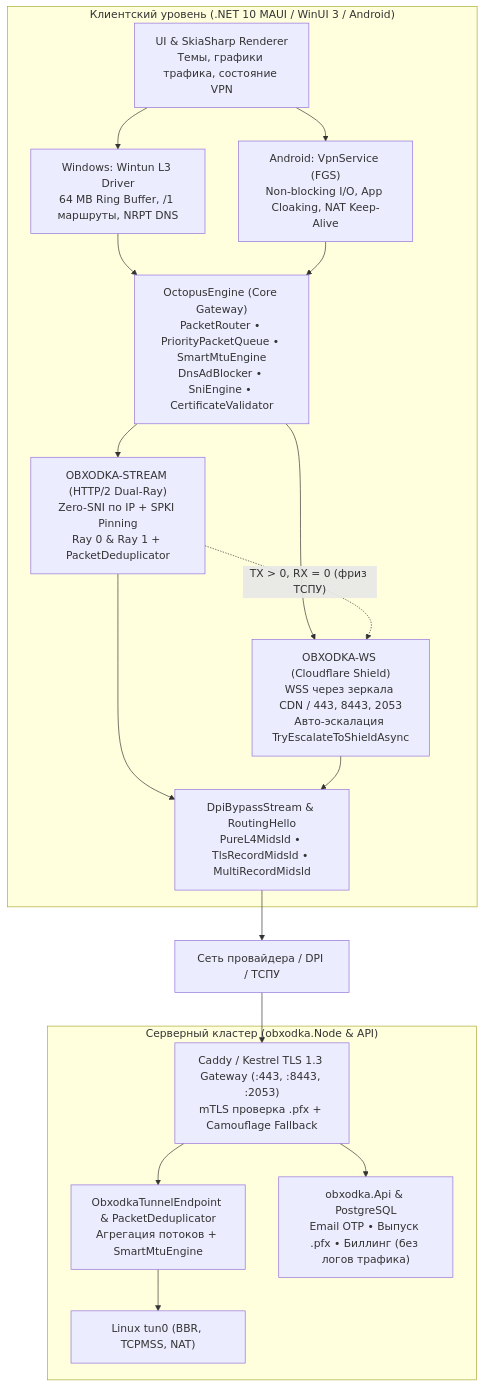
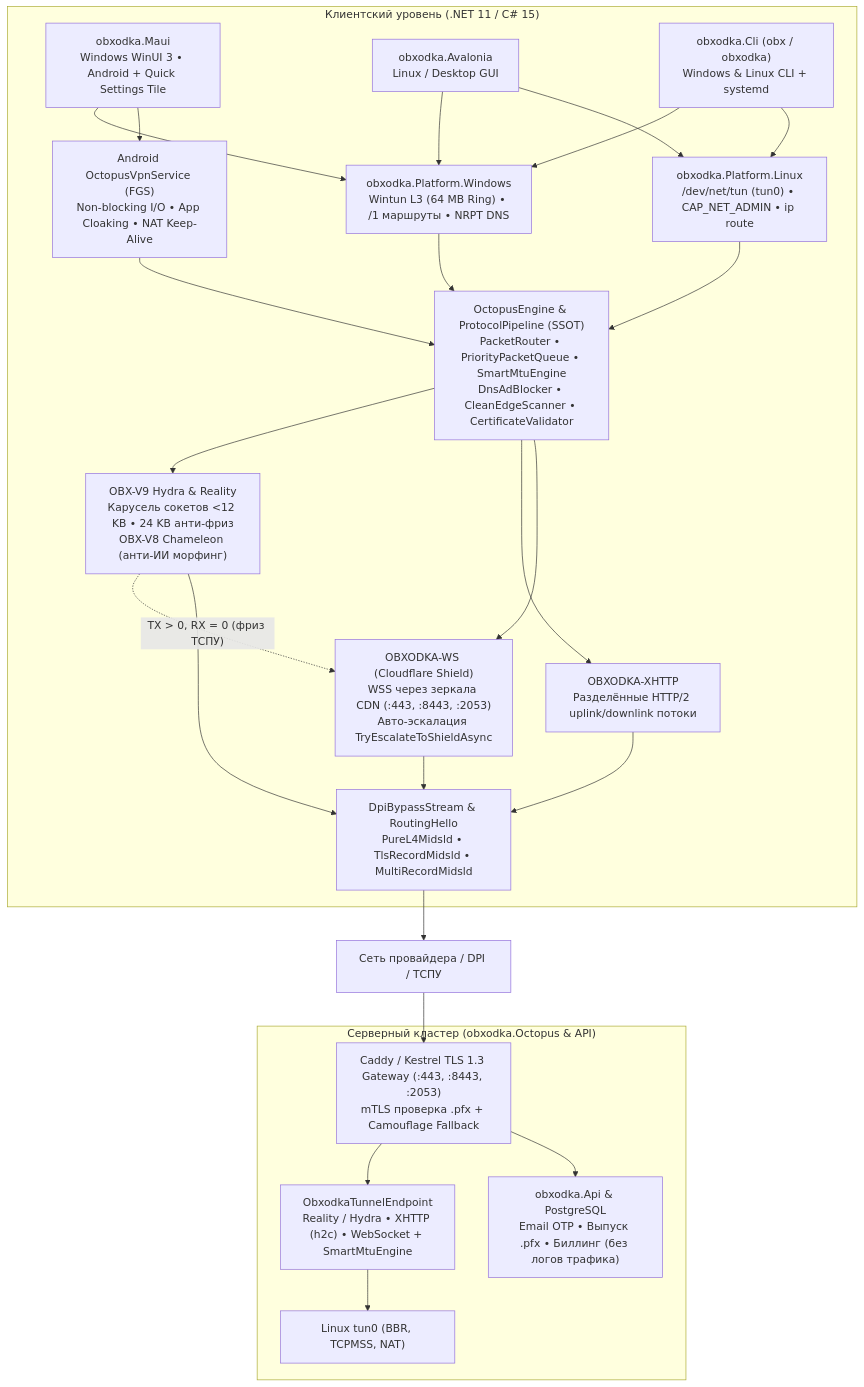
Before and after one commit to OctoCore-Dev/obxodka: the diagram in docs/ARCHITECTURE.md, drawn with Mermaid. The commit also changed other lines of this file and 21 other files, not shown here.

First line of the commit message:
feat(packaging): добавить сборку и автопубликацию CLI и Avalonia (Winget, APT, DNF, Pacman) и актуализировать документацию (#142)

````diff
--- a/docs/ARCHITECTURE.md
+++ b/docs/ARCHITECTURE.md
@@ -9,34 +9,41 @@
 ```mermaid
 flowchart TB
-    subgraph Client["Клиентский уровень (.NET 10 MAUI / WinUI 3 / Android)"]
-        UI["UI & SkiaSharp Renderer\nТемы, графики трафика, состояние VPN"]
-        Win["Windows: Wintun L3 Driver\n64 MB Ring Buffer, /1 маршруты, NRPT DNS"]
-        And["Android: VpnService (FGS)\nNon-blocking I/O, App Cloaking, NAT Keep-Alive"]
-        Core["OctopusEngine (Core Gateway)\nPacketRouter • PriorityPacketQueue • SmartMtuEngine\nDnsAdBlocker • SniEngine • CertificateValidator"]
-        H2["OBXODKA-STREAM (HTTP/2 Dual-Ray)\nZero-SNI по IP + SPKI Pinning\nRay 0 & Ray 1 + PacketDeduplicator"]
-        WS["OBXODKA-WS (Cloudflare Shield)\nWSS через зеркала CDN / 443, 8443, 2053\nАвто-эскалация TryEscalateToShieldAsync"]
+    subgraph Client["Клиентский уровень (.NET 11 / C# 15)"]
+        Maui["obxodka.Maui\nWindows WinUI 3 • Android + Quick Settings Tile"]
+        Avalonia["obxodka.Avalonia\nLinux / Desktop GUI"]
+        Cli["obxodka.Cli (obx / obxodka)\nWindows & Linux CLI + systemd"]
+
+        Win["obxodka.Platform.Windows\nWintun L3 (64 MB Ring) • /1 маршруты • NRPT DNS"]
+        Lin["obxodka.Platform.Linux\n/dev/net/tun (tun0) • CAP_NET_ADMIN • ip route"]
+        And["Android OctopusVpnService (FGS)\nNon-blocking I/O • App Cloaking • NAT Keep-Alive"]
+
+        Core["OctopusEngine & ProtocolPipeline (SSOT)\nPacketRouter • PriorityPacketQueue • SmartMtuEngine\nDnsAdBlocker • CleanEdgeScanner • CertificateValidator"]
+
+        Hydra["OBX-V9 Hydra & Reality\nКарусель сокетов <12 KB • 24 KB анти-фриз\nOBX-V8 Chameleon (анти-ИИ морфинг)"]
+        Xhttp["OBXODKA-XHTTP\nРазделённые HTTP/2 uplink/downlink потоки"]
+        WS["OBXODKA-WS (Cloudflare Shield)\nWSS через зеркала CDN (:443, :8443, :2053)\nАвто-эскалация TryEscalateToShieldAsync"]
         DPI["DpiBypassStream & RoutingHello\nPureL4Midsld • TlsRecordMidsld • MultiRecordMidsld"]
 
-        UI --> Win & And
-        Win & And --> Core
-        Core --> H2
-        Core --> WS
-        H2 -. "TX > 0, RX = 0 (фриз ТСПУ)" .-> WS
-        H2 --> DPI
-        WS --> DPI
+        Maui --> Win & And
+        Avalonia --> Win & Lin
+        Cli --> Win & Lin
+        Win & Lin & And --> Core
+        Core --> Hydra & Xhttp & WS
+        Hydra -. "TX > 0, RX = 0 (фриз ТСПУ)" .-> WS
+        Hydra & Xhttp & WS --> DPI
     end
 
     DPI --> Net["Сеть провайдера / DPI / ТСПУ"]
 
-    subgraph Server["Серверный кластер (obxodka.Node & API)"]
+    subgraph Server["Серверный кластер (obxodka.Octopus & API)"]
         Edge["Caddy / Kestrel TLS 1.3 Gateway (:443, :8443, :2053)\nmTLS проверка .pfx + Camouflage Fallback"]
-        Tun["ObxodkaTunnelEndpoint & PacketDeduplicator\nАгрегация потоков + SmartMtuEngine"]
+        Tun["ObxodkaTunnelEndpoint\nReality / Hydra • XHTTP (h2c) • WebSocket + SmartMtuEngine"]
         Linux["Linux tun0 (BBR, TCPMSS, NAT)"]
         Api["obxodka.Api & PostgreSQL\nEmail OTP • Выпуск .pfx • Биллинг (без логов трафика)"]
 
         Edge --> Tun --> Linux
         Edge --> Api
     end
 
     Net --> Edge
 ```
````
